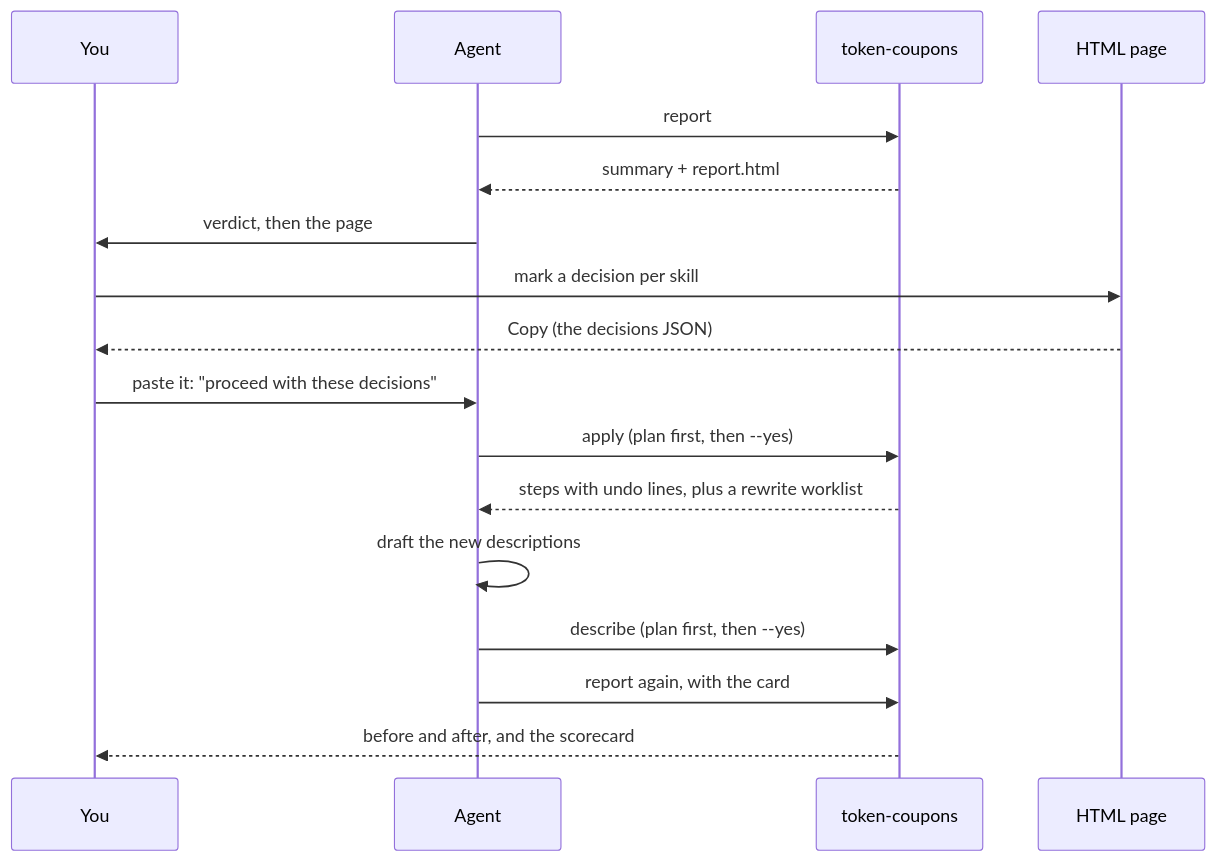
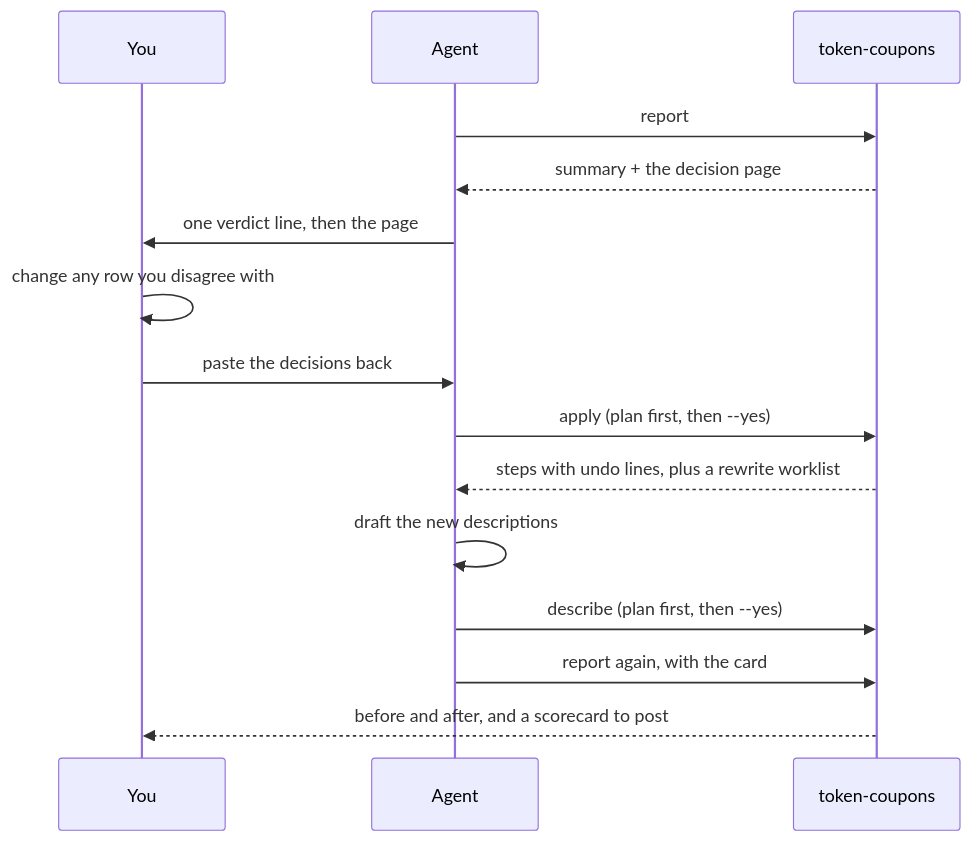
Before and after one commit to steve-piece/token-coupons: the diagram in README.md, drawn with Mermaid. The commit also changed other lines of this file and 1 other file, not shown here.

First line of the commit message:
Rebuild the README around value, proof, then mechanism

````diff
--- a/README.md
+++ b/README.md
@@ -152,19 +93,17 @@
 ```mermaid
 sequenceDiagram
   participant P as You
   participant A as Agent
   participant T as token-coupons
-  participant H as HTML page
   A->>T: report
-  T-->>A: summary + report.html
-  A->>P: verdict, then the page
-  P->>H: mark a decision per skill
-  H-->>P: Copy (the decisions JSON)
-  P->>A: paste it: "proceed with these decisions"
+  T-->>A: summary + the decision page
+  A->>P: one verdict line, then the page
+  P->>P: change any row you disagree with
+  P->>A: paste the decisions back
   A->>T: apply (plan first, then --yes)
   T-->>A: steps with undo lines, plus a rewrite worklist
   A->>A: draft the new descriptions
   A->>T: describe (plan first, then --yes)
   A->>T: report again, with the card
-  T-->>P: before and after, and the scorecard
+  T-->>P: before and after, and a scorecard to post
 ```
````
